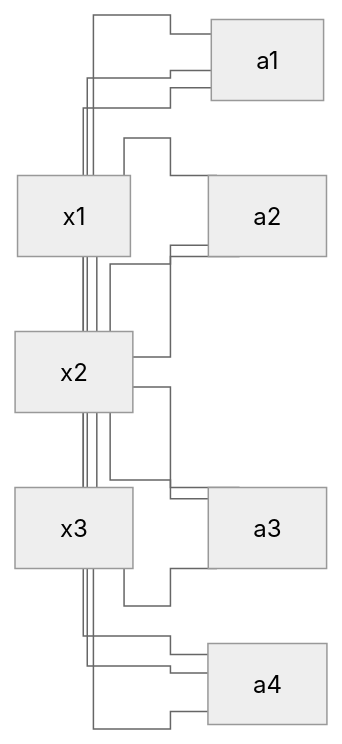
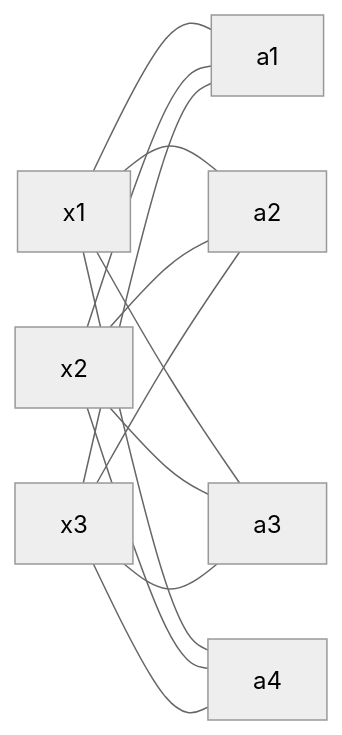
One commit to VanshDeshwal/notes changed the diagram in Data Science Notes/DL Specialization/1. Neural Networks/Week3/Shallow Neural Network.md. Above: the diagram before and after it, drawn with Mermaid (neutral theme).

Commit message:
vault backup: 2025-06-17 01:59:20

````diff
--- a/Data Science Notes/DL Specialization/1. Neural Networks/Week3/Shallow Neural Network.md
+++ b/Data Science Notes/DL Specialization/1. Neural Networks/Week3/Shallow Neural Network.md
@@ -7,18 +7,18 @@
 ```mermaid
-%%{init: { 'flowchart': { 'curve': 'stepBefore' } } }%%
+%%{init: { flowchart': { 'curve': 'stepBefore' } } }%%
 graph LR
 
 x1 --- a1
 x1 --- a2
 x1 --- a3
 x1 --- a4
 x2 --- a1
 x2 --- a2
 x2 --- a3
 x2 --- a4
 x3 --- a1
 x3 --- a2
 x3 --- a3
 x3 --- a4
 
 ```
````
